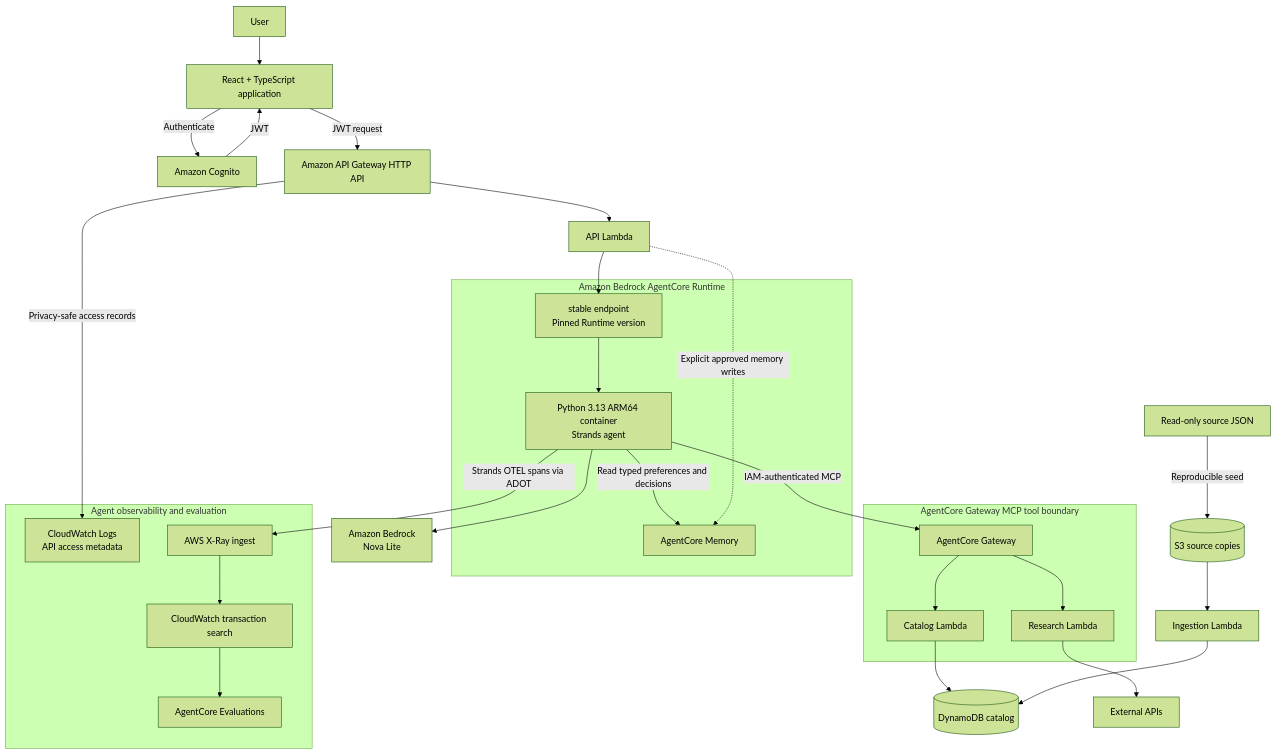
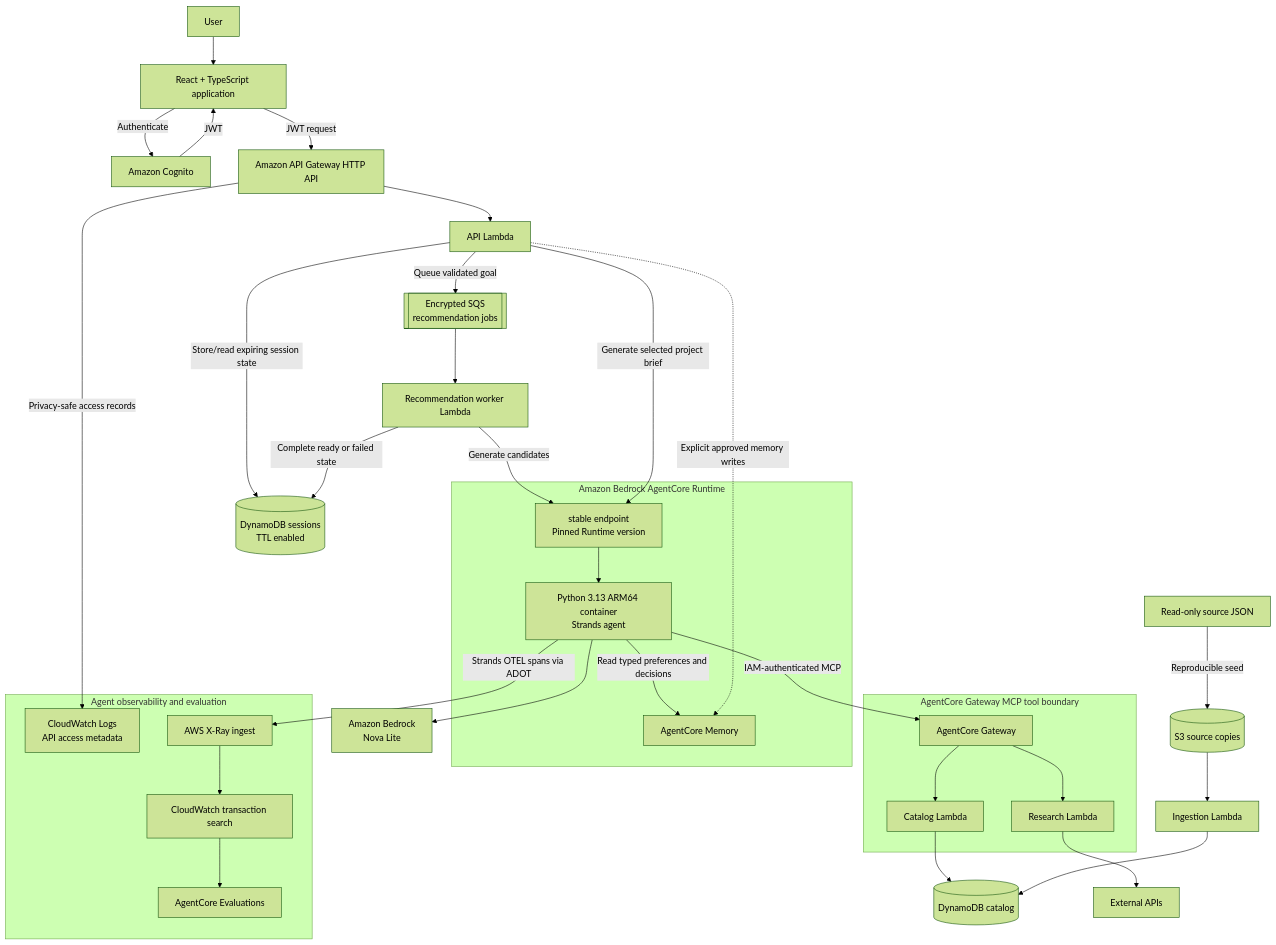
The diagram in README.md (barrettotte/praxis), drawn with Mermaid (forest theme) before and after one commit. The commit also changed 67 other files, not shown here.

````diff
--- a/README.md
+++ b/README.md
@@ -9,47 +9,52 @@
 ```mermaid
 flowchart TD
     user[User] --> ui[React + TypeScript application]
     ui -->|Authenticate| cognito[Amazon Cognito]
     cognito -->|JWT| ui
     ui -->|JWT request| apiGateway[Amazon API Gateway HTTP API]
     apiGateway --> apiLambda[API Lambda]
+    apiLambda -->|Store/read expiring session state| sessions[(DynamoDB sessions<br/>TTL enabled)]
+    apiLambda -->|Queue validated goal| jobs[[Encrypted SQS<br/>recommendation jobs]]
+    jobs --> worker[Recommendation worker Lambda]
+    worker -->|Complete ready or failed state| sessions
 
     subgraph runtime[Amazon Bedrock AgentCore Runtime]
         runtimeEndpoint[stable endpoint<br/>Pinned Runtime version]
         agent[Python 3.13 ARM64 container<br/>Strands agent]
         memory[AgentCore Memory]
         runtimeEndpoint --> agent
         agent -->|Read typed preferences and decisions| memory
     end
 
-    apiLambda --> runtimeEndpoint
+    worker -->|Generate candidates| runtimeEndpoint
+    apiLambda -->|Generate selected project brief| runtimeEndpoint
     apiLambda -.->|Explicit approved memory writes| memory
     agent --> bedrock[Amazon Bedrock<br/>Nova Lite]
 
     subgraph observability[Agent observability and evaluation]
         apiAccessLogs[CloudWatch Logs<br/>API access metadata]
         xray[AWS X-Ray ingest]
         cloudwatch[CloudWatch transaction search]
         evaluations[AgentCore Evaluations]
         xray --> cloudwatch --> evaluations
     end
 
     apiGateway -->|Privacy-safe access records| apiAccessLogs
     agent -->|Strands OTEL spans via ADOT| xray
 
     subgraph tools[AgentCore Gateway MCP tool boundary]
         gateway[AgentCore Gateway]
         catalogLambda[Catalog Lambda]
         researchLambda[Research Lambda]
         gateway --> catalogLambda
         gateway --> researchLambda
     end
 
     agent -->|IAM-authenticated MCP| gateway
     catalogLambda --> catalog[(DynamoDB catalog)]
     researchLambda --> external[External APIs]
 
     sources[Read-only source JSON] -->|Reproducible seed| sourceBucket[(S3 source copies)]
     sourceBucket --> ingestion[Ingestion Lambda]
     ingestion --> catalog
 ```
````
